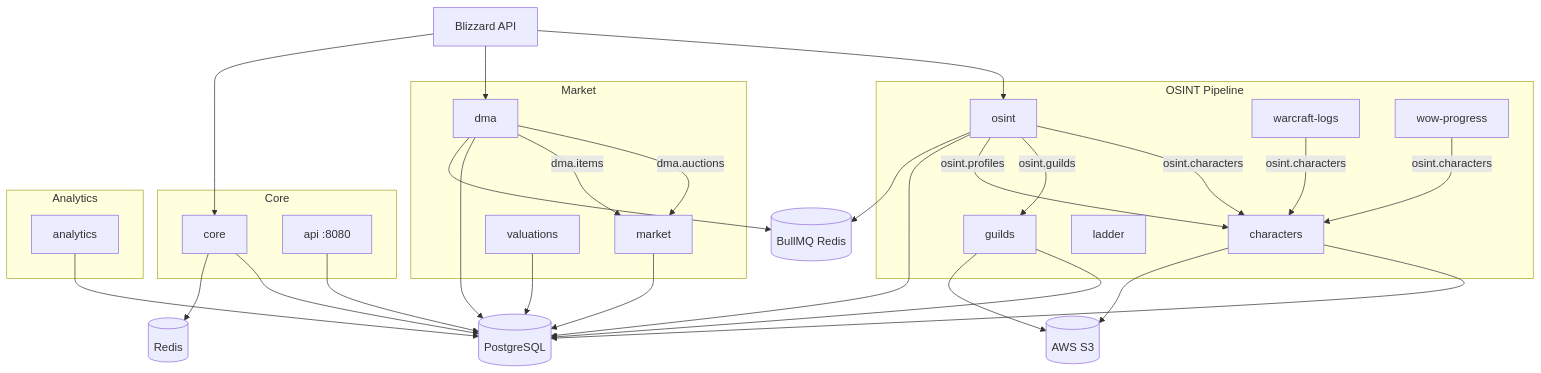
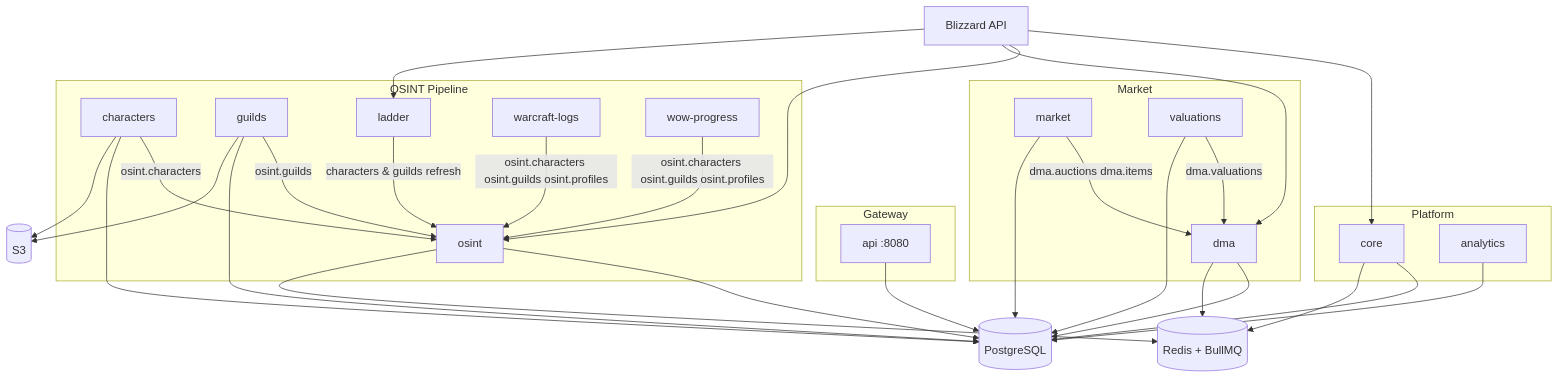
One commit to alexzedim/cmnw changed the diagram in README.md. Above: the diagram before and after it, drawn with Mermaid. The commit also changed other lines of this file and 17 other files, not shown here.

````diff
--- a/README.md
+++ b/README.md
@@ -21,54 +15,56 @@
 ```mermaid
 flowchart TB
-  subgraph Core
-    core[core]
+  subgraph Gateway
     api[api :8080]
   end
 
   subgraph OSINT["OSINT Pipeline"]
     osint[osint]
     characters[characters]
     guilds[guilds]
+    ladder[ladder]
     wl[warcraft-logs]
     wp[wow-progress]
-    ladder[ladder]
   end
 
   subgraph Market
     dma[dma]
     market[market]
     valuations[valuations]
   end
 
-  subgraph Analytics
+  subgraph Platform
+    core[core]
     analytics[analytics]
   end
 
-  blizzard[Blizzard API] --> osint
+  blizzard[Blizzard API] --> core
+  blizzard --> osint
   blizzard --> dma
-  blizzard --> core
+  blizzard --> ladder
 
-  osint -->|osint.characters| characters
-  osint -->|osint.guilds| guilds
-  osint -->|osint.profiles| characters
-  wp -->|osint.characters| characters
-  wl -->|osint.characters| characters
-  dma -->|dma.auctions| market
-  dma -->|dma.items| market
+  wl -->|osint.characters osint.guilds osint.profiles| osint
+  wp -->|osint.characters osint.guilds osint.profiles| osint
+  characters -->|osint.characters| osint
+  guilds -->|osint.guilds| osint
+  ladder -->|characters & guilds refresh| osint
 
-  core --> pg[(PostgreSQL)]
-  api --> pg
+  market -->|dma.auctions dma.items| dma
+  valuations -->|dma.valuations| dma
+
+  api --> pg[(PostgreSQL)]
+  core --> pg
   osint --> pg
   characters --> pg
   guilds --> pg
   dma --> pg
   market --> pg
   valuations --> pg
   analytics --> pg
 
-  core --> redis[(Redis)]
-  osint --> bullmq[(BullMQ Redis)]
-  dma --> bullmq
-  characters --> s3[(AWS S3)]
+  core --> redis[(Redis + BullMQ)]
+  osint --> redis
+  dma --> redis
+  characters --> s3[(S3)]
   guilds --> s3
 ```
````
